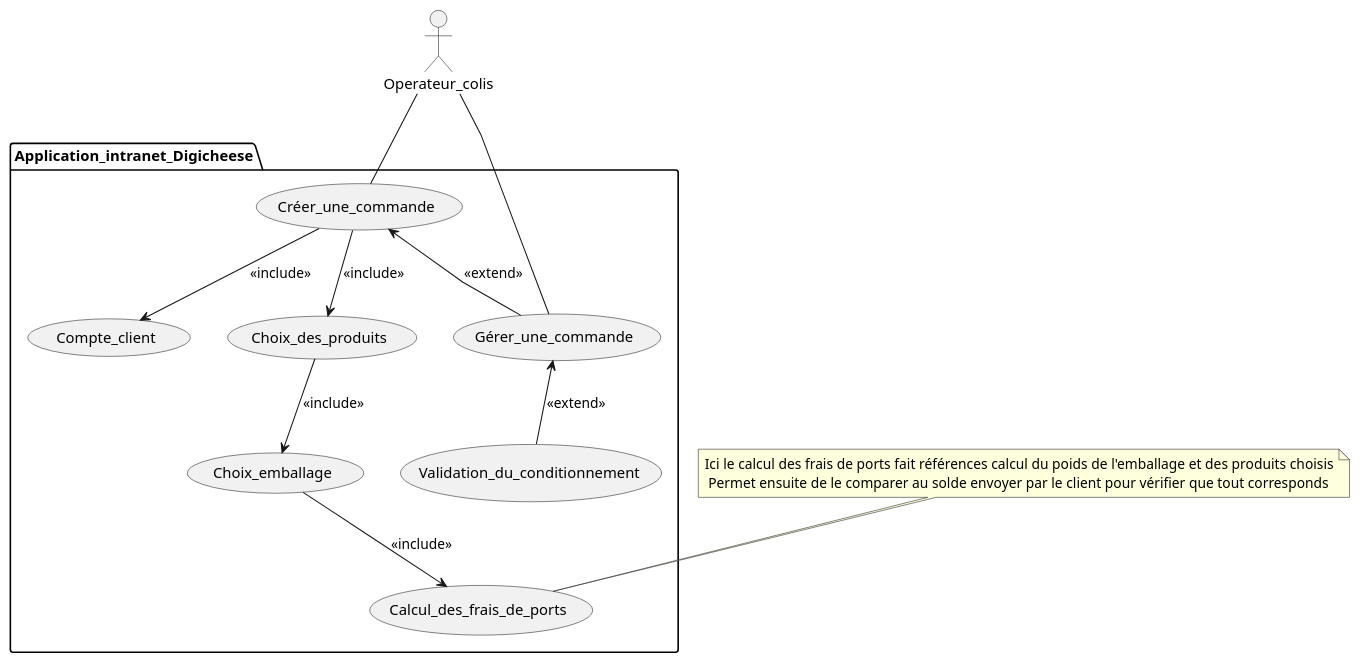
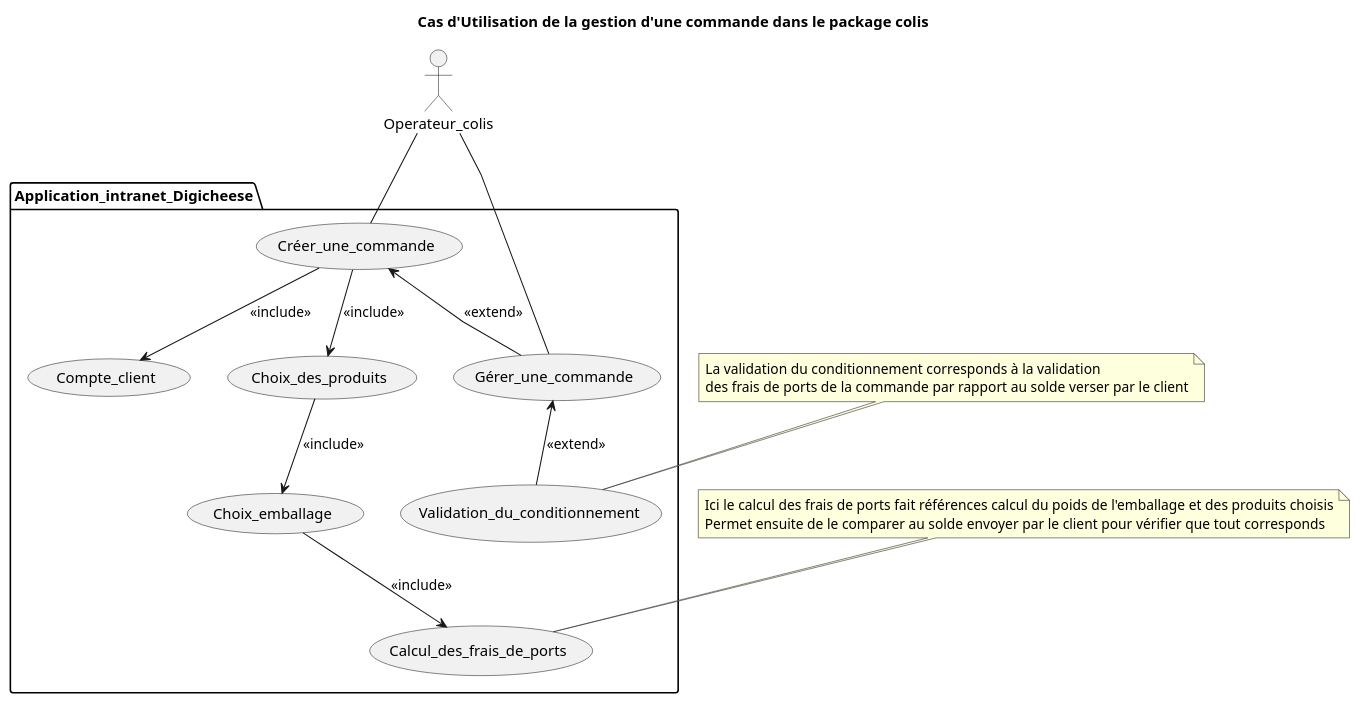
The diagram in Cas_d_utilisation/Cas_utilisation_colis.puml (Bluwen/Conception_d_une_application_informatique), drawn with PlantUML before and after one commit.

Commit message:
ajout d'un titre

```diff
--- a/Cas_d_utilisation/Cas_utilisation_colis.puml
+++ b/Cas_d_utilisation/Cas_utilisation_colis.puml
@@ -1,37 +1,40 @@
 @startuml Cas_utilisation_colis
 'left to right direction
 skinparam linetype polyline
 
 actor Operateur_colis
 
 package Application_intranet_Digicheese {
     usecase Compte_client
 
     usecase Créer_une_commande
     usecase Gérer_une_commande
 
     usecase Choix_des_produits
     usecase Choix_emballage
 
     usecase Calcul_des_frais_de_ports
     usecase Validation_du_conditionnement
 }
 
 Operateur_colis -- Créer_une_commande
 Operateur_colis -- Gérer_une_commande
 
 
 Créer_une_commande --> Compte_client : <<include>>
 Créer_une_commande --> Choix_des_produits : <<include>>
 Choix_des_produits --> Choix_emballage : <<include>>
 Choix_emballage --> Calcul_des_frais_de_ports : <<include>>
 
 Créer_une_commande <-- Gérer_une_commande : <<extend>>
 
 Gérer_une_commande <-- Validation_du_conditionnement : <<extend>>
 
-note "Ici le calcul des frais de ports fait références calcul du poids de l'emballage et des produits choisis\n Permet ensuite de le comparer au solde envoyer par le client pour vérifier que tout corresponds" as N1
+note "Ici le calcul des frais de ports fait références calcul du poids de l'emballage et des produits choisis\nPermet ensuite de le comparer au solde envoyer par le client pour vérifier que tout corresponds" as N1
+note "La validation du conditionnement corresponds à la validation\ndes frais de ports de la commande par rapport au solde verser par le client" as N2
 
 N1 .. Calcul_des_frais_de_ports
+N2 .. Validation_du_conditionnement
 
+title Cas d'Utilisation de la gestion d'une commande dans le package colis
 @enduml
```
